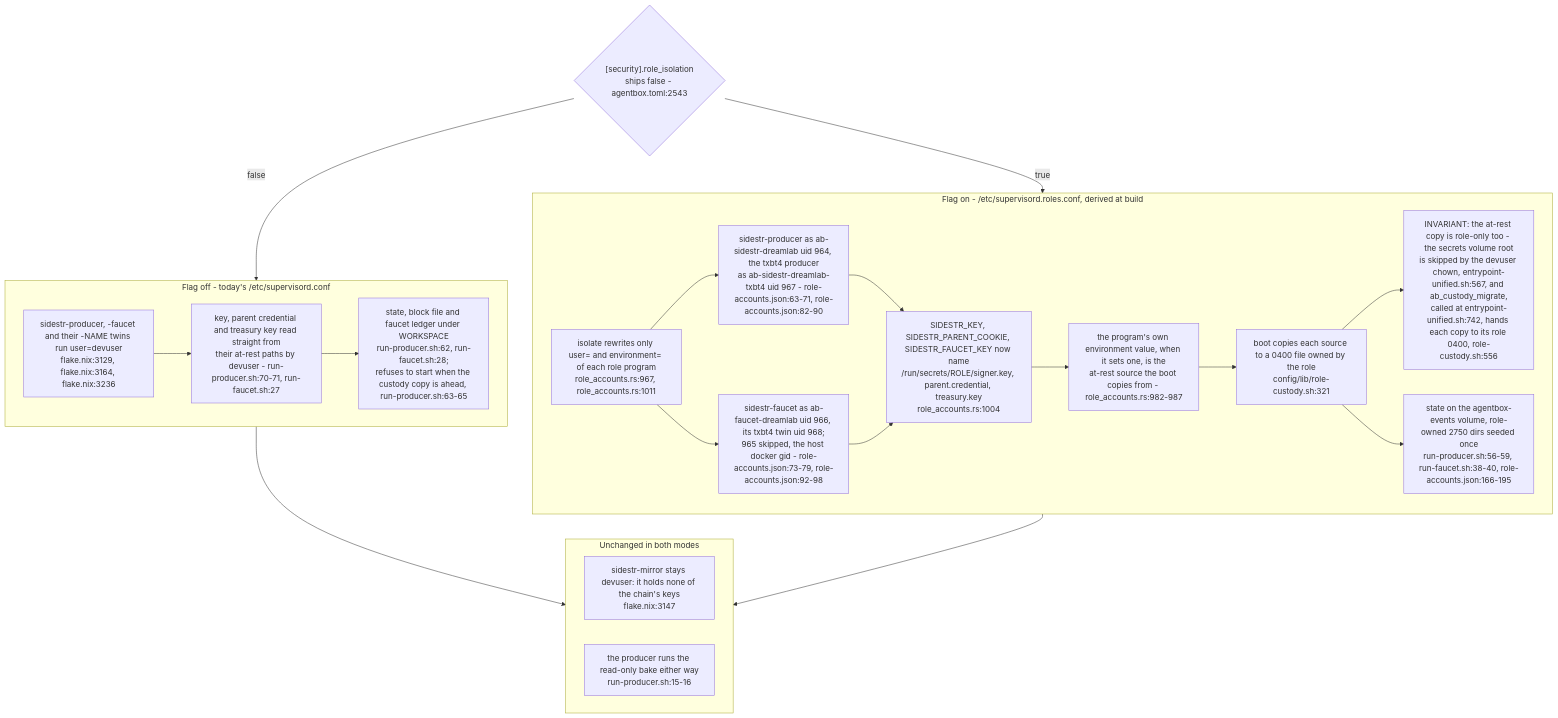
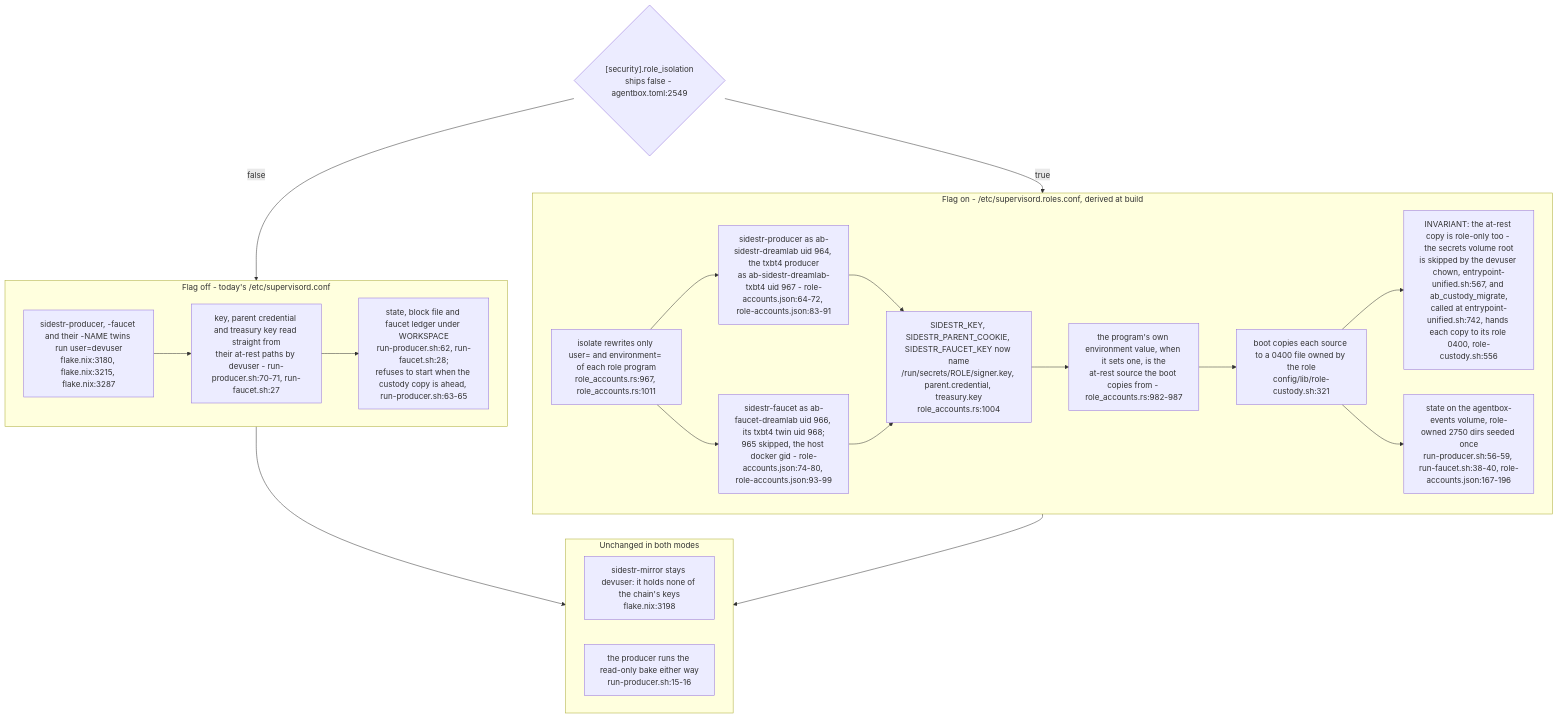
Before and after one commit to DreamLab-AI/VisionFlow: the sixth of 6 diagrams in docs/diagrams/agentbox/34-sidestr-interim-producer-and-mirror.md, drawn with Mermaid. The commit also changed other lines of this file and 154 other files, not shown here.

First line of the commit message:
docs(diagrams): re-stamp 154 topics whose every citation still reads the same text at the current heads

````diff
--- a/docs/diagrams/agentbox/34-sidestr-interim-producer-and-mirror.md
+++ b/docs/diagrams/agentbox/34-sidestr-interim-producer-and-mirror.md
@@ -252,33 +252,33 @@
 ```mermaid
 flowchart TB
-    FLAG{"[security].role_isolation<br/>ships false - agentbox.toml:2543"}
+    FLAG{"[security].role_isolation<br/>ships false - agentbox.toml:2549"}
     subgraph off["Flag off - today's /etc/supervisord.conf"]
-        O1["sidestr-producer, -faucet and their -NAME twins run user=devuser<br/>flake.nix:3129, flake.nix:3164, flake.nix:3236"]
+        O1["sidestr-producer, -faucet and their -NAME twins run user=devuser<br/>flake.nix:3180, flake.nix:3215, flake.nix:3287"]
         O2["key, parent credential and treasury key read straight from<br/>their at-rest paths by devuser - run-producer.sh:70-71, run-faucet.sh:27"]
         O3["state, block file and faucet ledger under WORKSPACE<br/>run-producer.sh:62, run-faucet.sh:28;<br/>refuses to start when the custody copy is ahead, run-producer.sh:63-65"]
         O1 --> O2 --> O3
     end
     subgraph on["Flag on - /etc/supervisord.roles.conf, derived at build"]
         R1["isolate rewrites only user= and environment= of each role program<br/>role_accounts.rs:967, role_accounts.rs:1011"]
-        R2["sidestr-producer as ab-sidestr-dreamlab uid 964, the txbt4 producer<br/>as ab-sidestr-dreamlab-txbt4 uid 967 - role-accounts.json:63-71, role-accounts.json:82-90"]
-        R3["sidestr-faucet as ab-faucet-dreamlab uid 966, its txbt4 twin uid 968;<br/>965 skipped, the host docker gid - role-accounts.json:73-79, role-accounts.json:92-98"]
+        R2["sidestr-producer as ab-sidestr-dreamlab uid 964, the txbt4 producer<br/>as ab-sidestr-dreamlab-txbt4 uid 967 - role-accounts.json:64-72, role-accounts.json:83-91"]
+        R3["sidestr-faucet as ab-faucet-dreamlab uid 966, its txbt4 twin uid 968;<br/>965 skipped, the host docker gid - role-accounts.json:74-80, role-accounts.json:93-99"]
         R4["SIDESTR_KEY, SIDESTR_PARENT_COOKIE, SIDESTR_FAUCET_KEY now name<br/>/run/secrets/ROLE/signer.key, parent.credential, treasury.key<br/>role_accounts.rs:1004"]
         R5["the program's own environment value, when it sets one, is the<br/>at-rest source the boot copies from - role_accounts.rs:982-987"]
         R6["boot copies each source to a 0400 file owned by the role<br/>config/lib/role-custody.sh:321"]
         R7["INVARIANT: the at-rest copy is role-only too - the secrets volume root<br/>is skipped by the devuser chown, entrypoint-unified.sh:567, and ab_custody_migrate,<br/>called at entrypoint-unified.sh:742, hands each copy to its role 0400, role-custody.sh:556"]
-        R8["state on the agentbox-events volume, role-owned 2750 dirs seeded once<br/>run-producer.sh:56-59, run-faucet.sh:38-40, role-accounts.json:166-195"]
+        R8["state on the agentbox-events volume, role-owned 2750 dirs seeded once<br/>run-producer.sh:56-59, run-faucet.sh:38-40, role-accounts.json:167-196"]
         R6 --> R7
         R6 --> R8
         R1 --> R2 --> R4
         R1 --> R3 --> R4
         R4 --> R5 --> R6
     end
     subgraph same["Unchanged in both modes"]
-        U1["sidestr-mirror stays devuser: it holds none of the chain's keys<br/>flake.nix:3147"]
+        U1["sidestr-mirror stays devuser: it holds none of the chain's keys<br/>flake.nix:3198"]
         U2["the producer runs the read-only bake either way<br/>run-producer.sh:15-16"]
     end
     FLAG -->|false| off
     FLAG -->|true| on
     off --> same
     on --> same
 ```
````
